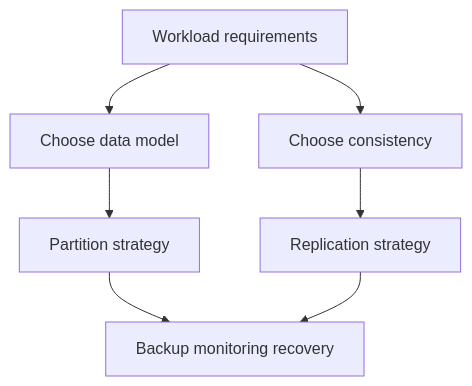
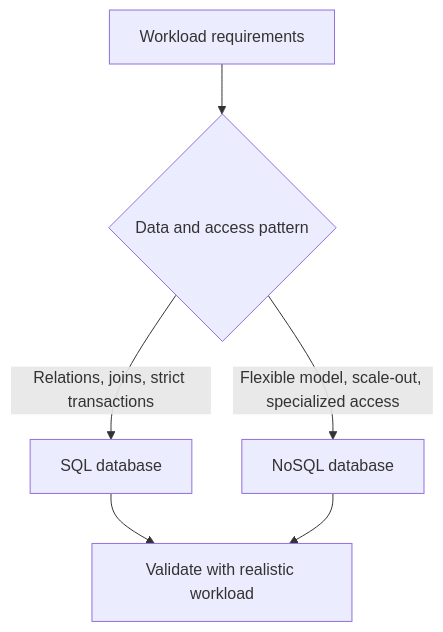
The diagram in docs/database/architecture-design-decisions/index.md (rashid-mamun/tech-interview-hub), drawn with Mermaid before and after one commit. The commit also changed other lines of this file and 85 other files, not shown here.

Commit message:
add mermaid diagram in all docs

````diff
--- a/docs/database/architecture-design-decisions/index.md
+++ b/docs/database/architecture-design-decisions/index.md
@@ -6,9 +11,8 @@
 ```mermaid
 flowchart TD
-    Requirements[Workload requirements] --> Model[Choose data model]
-    Requirements --> Consistency[Choose consistency]
-    Model --> Partition[Partition strategy]
-    Consistency --> Replication[Replication strategy]
-    Partition --> Operations[Backup monitoring recovery]
-    Replication --> Operations
+    R[Workload requirements] --> D{Data and access pattern}
+    D -->|Relations, joins, strict transactions| SQL[SQL database]
+    D -->|Flexible model, scale-out, specialized access| N[NoSQL database]
+    SQL --> V[Validate with realistic workload]
+    N --> V
 ```
````
